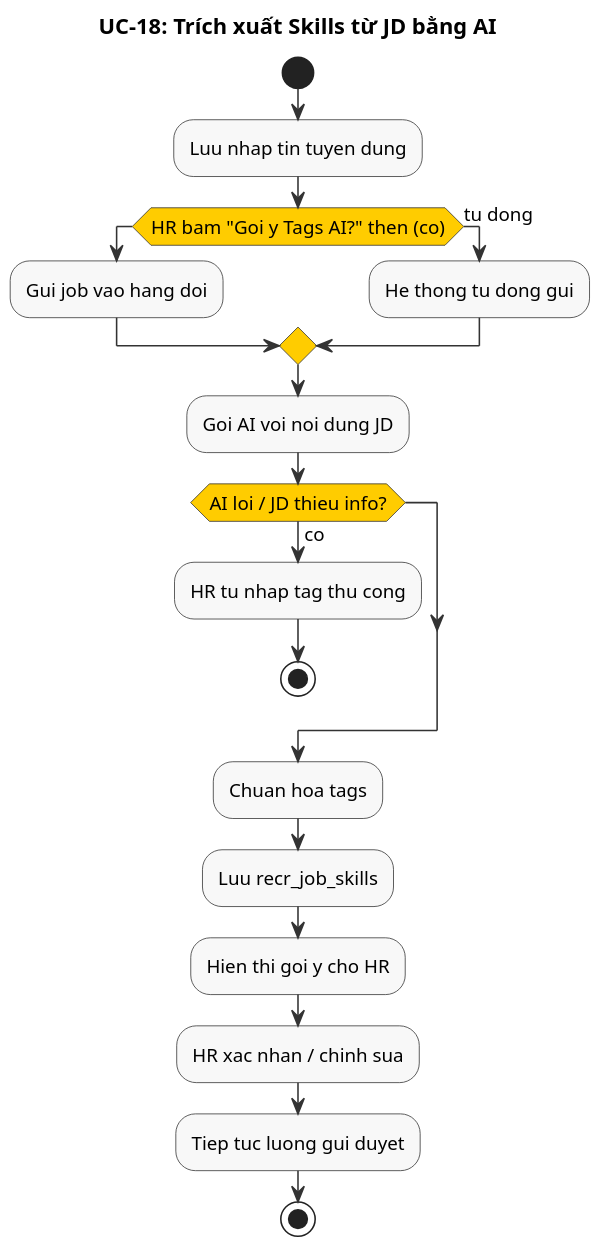
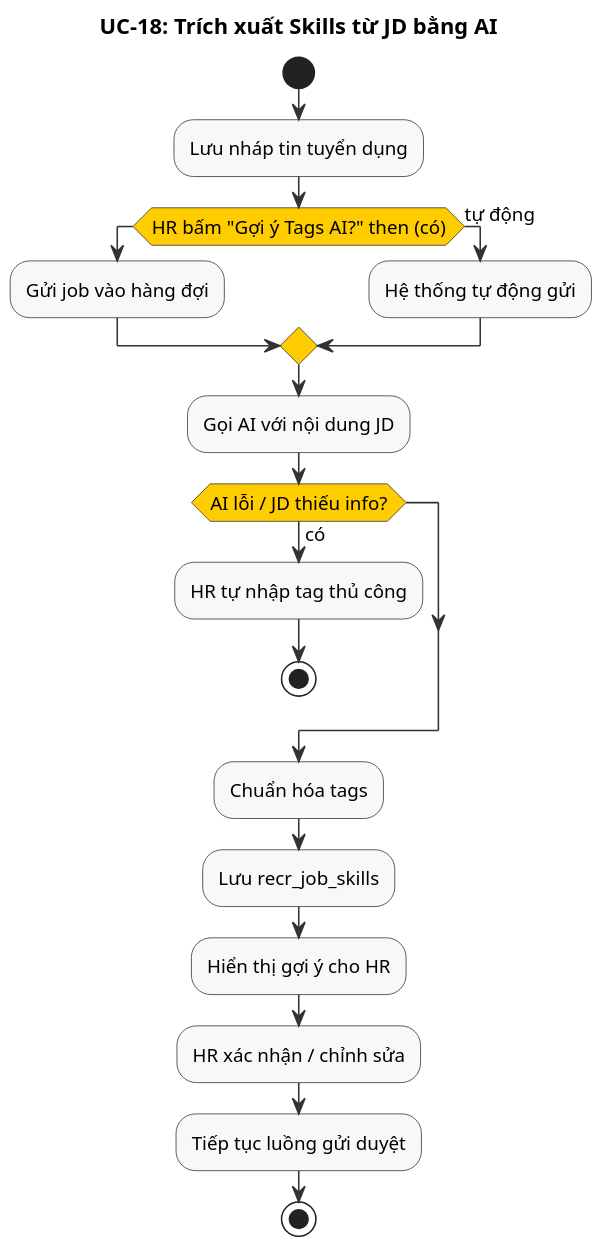
One commit to namnh240795/document changed the diagram in modules/recr/diagrams/activity/uc18-jd-skill-extraction-activity.puml. Above: the diagram before and after it, drawn with PlantUML. The commit also changed 25 other files, not shown here.

```diff
--- a/modules/recr/diagrams/activity/uc18-jd-skill-extraction-activity.puml
+++ b/modules/recr/diagrams/activity/uc18-jd-skill-extraction-activity.puml
@@ -1,46 +1,46 @@
 @startuml
 ' UC-18: Trích xuất Skills từ JD - Sơ đồ Hoạt động
 skinparam dpi 150
 skinparam defaultFontSize 12
 skinparam nodesep 15
 skinparam ranksep 15
 skinparam activity {
   BackgroundColor #F8F8F8
   BorderColor #333333
   ArrowColor #333333
   DiamondBackgroundColor #FFCC00
   DiamondBorderColor #333333
 }
 
 title UC-18: Trích xuất Skills từ JD bằng AI
 
 start
 
-:Luu nhap tin tuyen dung;
+:Lưu nháp tin tuyển dụng;
 
-if (HR bam "Goi y Tags AI?" then (co))
-  :Gui job vao hang doi;
-else (tu dong)
-  :He thong tu dong gui;
+if (HR bấm "Gợi ý Tags AI?" then (có))
+  :Gửi job vào hàng đợi;
+else (tự động)
+  :Hệ thống tự động gửi;
 endif
 
-:Goi AI voi noi dung JD;
+:Gọi AI với nội dung JD;
 
-if (AI loi / JD thieu info?) then (co)
-  :HR tu nhap tag thu cong;
+if (AI lỗi / JD thiếu info?) then (có)
+  :HR tự nhập tag thủ công;
   stop
 endif
 
-:Chuan hoa tags;
+:Chuẩn hóa tags;
 
-:Luu recr_job_skills;
+:Lưu recr_job_skills;
 
-:Hien thi goi y cho HR;
+:Hiển thị gợi ý cho HR;
 
-:HR xac nhan / chinh sua;
+:HR xác nhận / chỉnh sửa;
 
-:Tiep tuc luong gui duyet;
+:Tiếp tục luồng gửi duyệt;
 
 stop
 
 @enduml
```
